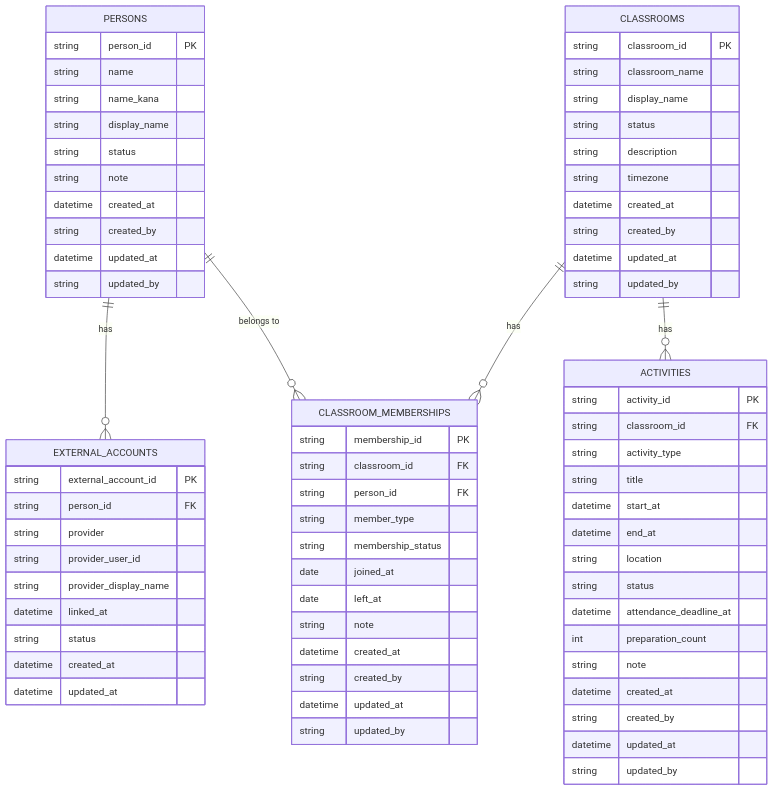
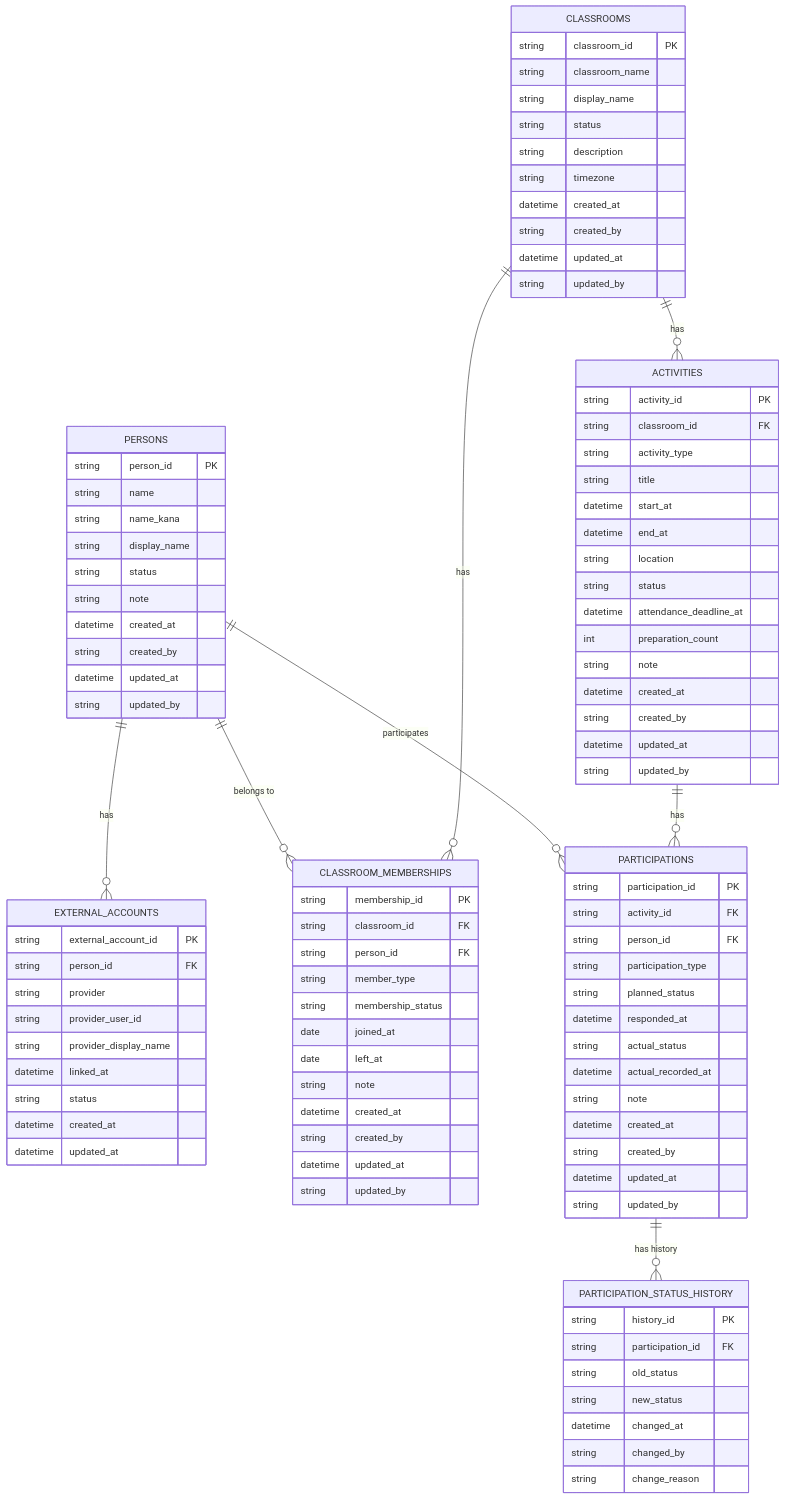
One commit to hirokazu0208/tea-management changed the diagram in docs/database/er-diagram-v0.3.md. Above: the diagram before and after it, drawn with Mermaid. The commit also changed other lines of this file, not shown here.

First line of the commit message:
docs: add participations to ER diagram v0.3

````diff
--- a/docs/database/er-diagram-v0.3.md
+++ b/docs/database/er-diagram-v0.3.md
@@ -76,8 +79,38 @@
         string updated_by
     }
 
+    PARTICIPATIONS {
+        string participation_id PK
+        string activity_id FK
+        string person_id FK
+        string participation_type
+        string planned_status
+        datetime responded_at
+        string actual_status
+        datetime actual_recorded_at
+        string note
+        datetime created_at
+        string created_by
+        datetime updated_at
+        string updated_by
+    }
+
+    PARTICIPATION_STATUS_HISTORY {
+        string history_id PK
+        string participation_id FK
+        string old_status
+        string new_status
+        datetime changed_at
+        string changed_by
+        string change_reason
+    }
+
     PERSONS ||--o{ EXTERNAL_ACCOUNTS : "has"
     PERSONS ||--o{ CLASSROOM_MEMBERSHIPS : "belongs to"
     CLASSROOMS ||--o{ CLASSROOM_MEMBERSHIPS : "has"
-    CLASSROOMS ||--o{ ACTIVITIES : has
+    CLASSROOMS ||--o{ ACTIVITIES : "has"
+
+    PERSONS ||--o{ PARTICIPATIONS : "participates"
+    ACTIVITIES ||--o{ PARTICIPATIONS : "has"
+    PARTICIPATIONS ||--o{ PARTICIPATION_STATUS_HISTORY : "has history"
 ```
````
